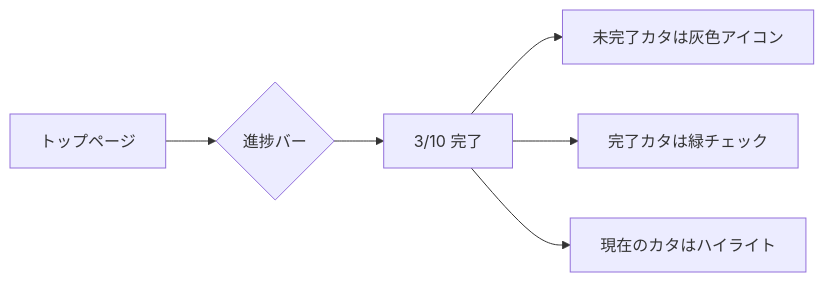
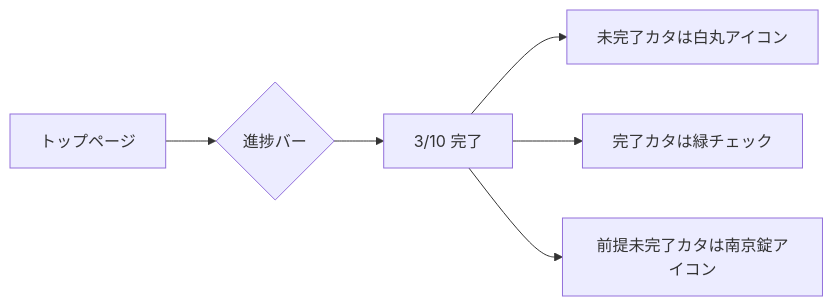
One commit to akaitigo/quantum-katas changed the fifth of 6 diagrams in docs/use-cases.md. Above: the diagram before and after it, drawn with Mermaid. The commit also changed other lines of this file and 11 other files, not shown here.

````diff
--- a/docs/use-cases.md
+++ b/docs/use-cases.md
@@ -78,8 +83,8 @@
 ```mermaid
 flowchart LR
     A[トップページ] --> B{進捗バー}
     B --> C[3/10 完了]
-    C --> D[未完了カタは灰色アイコン]
+    C --> D[未完了カタは白丸アイコン]
     C --> E[完了カタは緑チェック]
-    C --> F[現在のカタはハイライト]
+    C --> F[前提未完了カタは南京錠アイコン]
 ```
````
